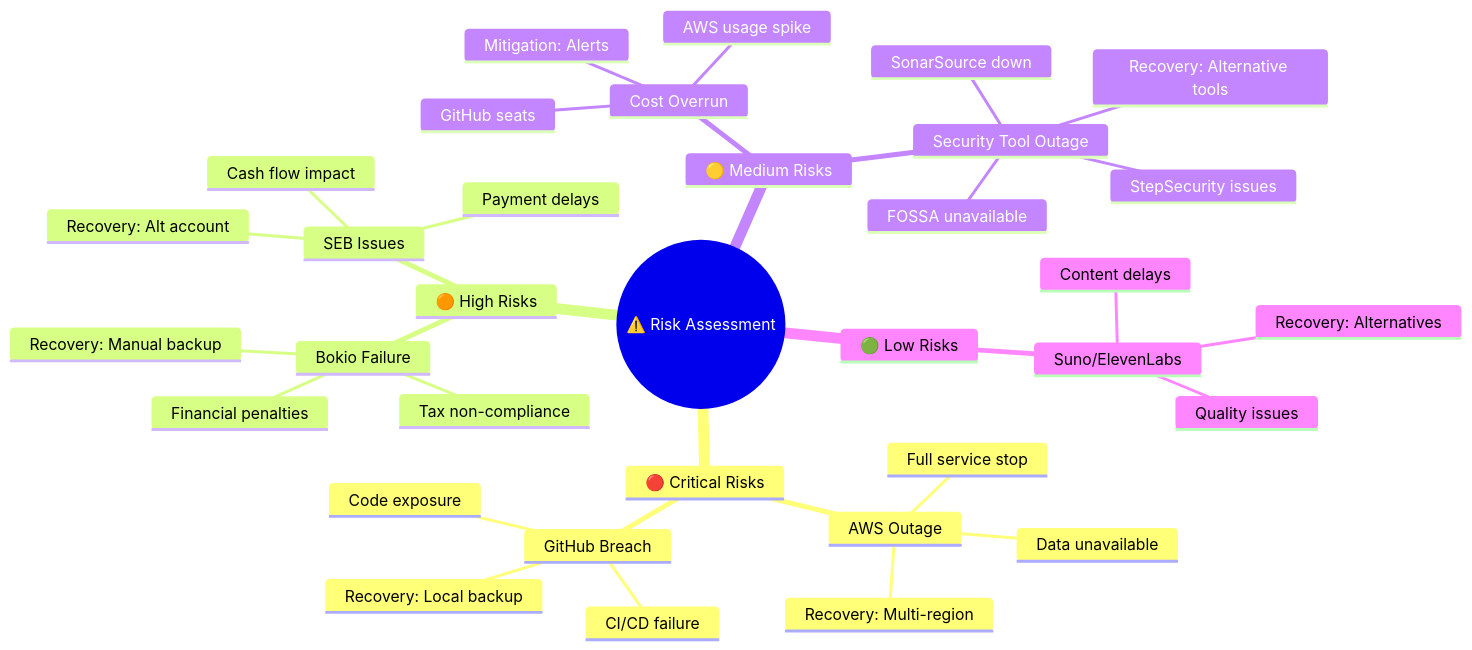
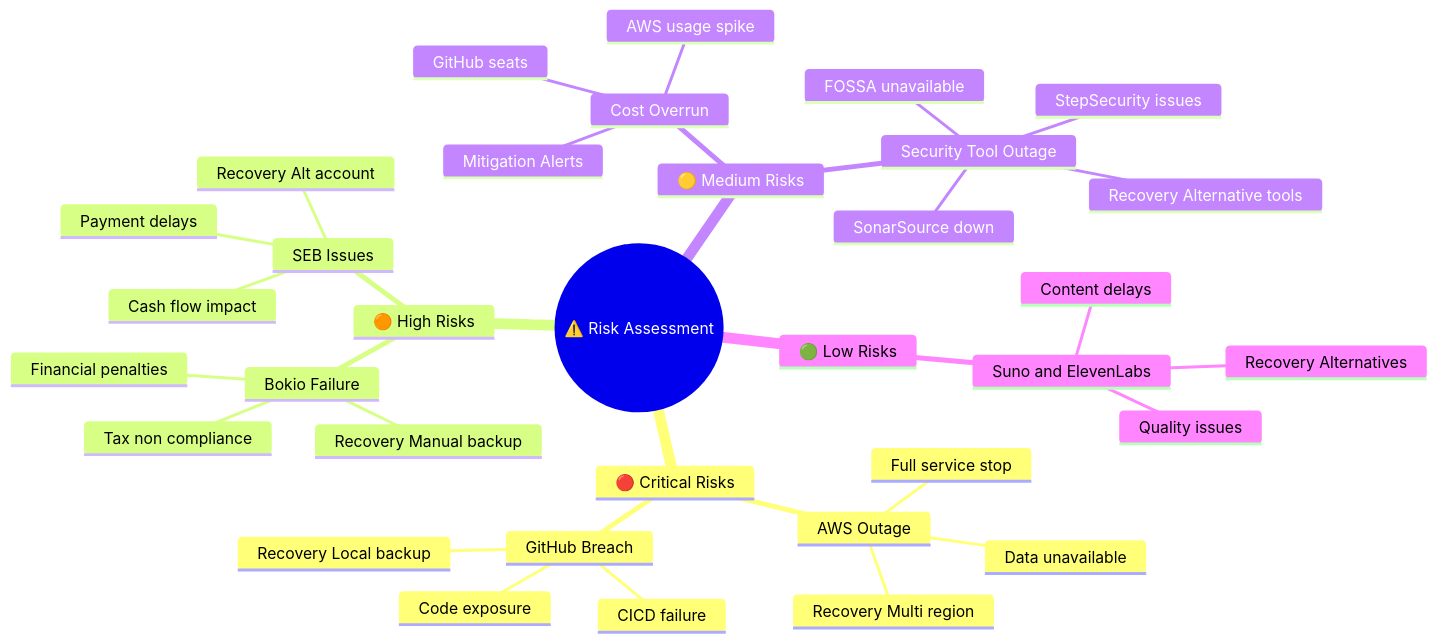
The fourth of 5 diagrams in SUPPLIER.md (Hack23/ISMS-PUBLIC), drawn with Mermaid before and after one commit. The commit also changed other lines of this file and 18 other files, not shown here.

Commit message:
fix broken mermaid

````diff
--- a/SUPPLIER.md
+++ b/SUPPLIER.md
@@ -384,37 +377,37 @@
 ```mermaid
 mindmap
   root((⚠️ Risk Assessment))
     🔴 Critical Risks
       AWS Outage
         Full service stop
         Data unavailable
-        Recovery: Multi-region
+        Recovery Multi region
       GitHub Breach
         Code exposure
-        CI/CD failure
-        Recovery: Local backup
+        CICD failure
+        Recovery Local backup
     🟠 High Risks
       Bokio Failure
-        Tax non-compliance
+        Tax non compliance
         Financial penalties
-        Recovery: Manual backup
+        Recovery Manual backup
       SEB Issues
         Payment delays
         Cash flow impact
-        Recovery: Alt account
+        Recovery Alt account
     🟡 Medium Risks
       Cost Overrun
         AWS usage spike
         GitHub seats
-        Mitigation: Alerts
+        Mitigation Alerts
       Security Tool Outage
         SonarSource down
         FOSSA unavailable
         StepSecurity issues
-        Recovery: Alternative tools
+        Recovery Alternative tools
     🟢 Low Risks
-      Suno/ElevenLabs
+      Suno and ElevenLabs
         Content delays
         Quality issues
-        Recovery: Alternatives
+        Recovery Alternatives
 ```
````
